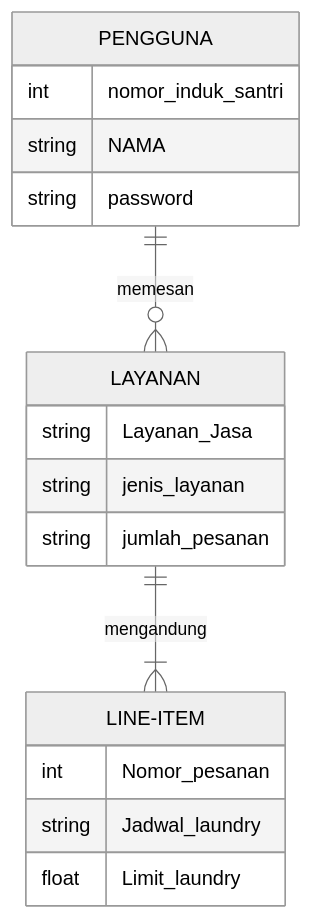
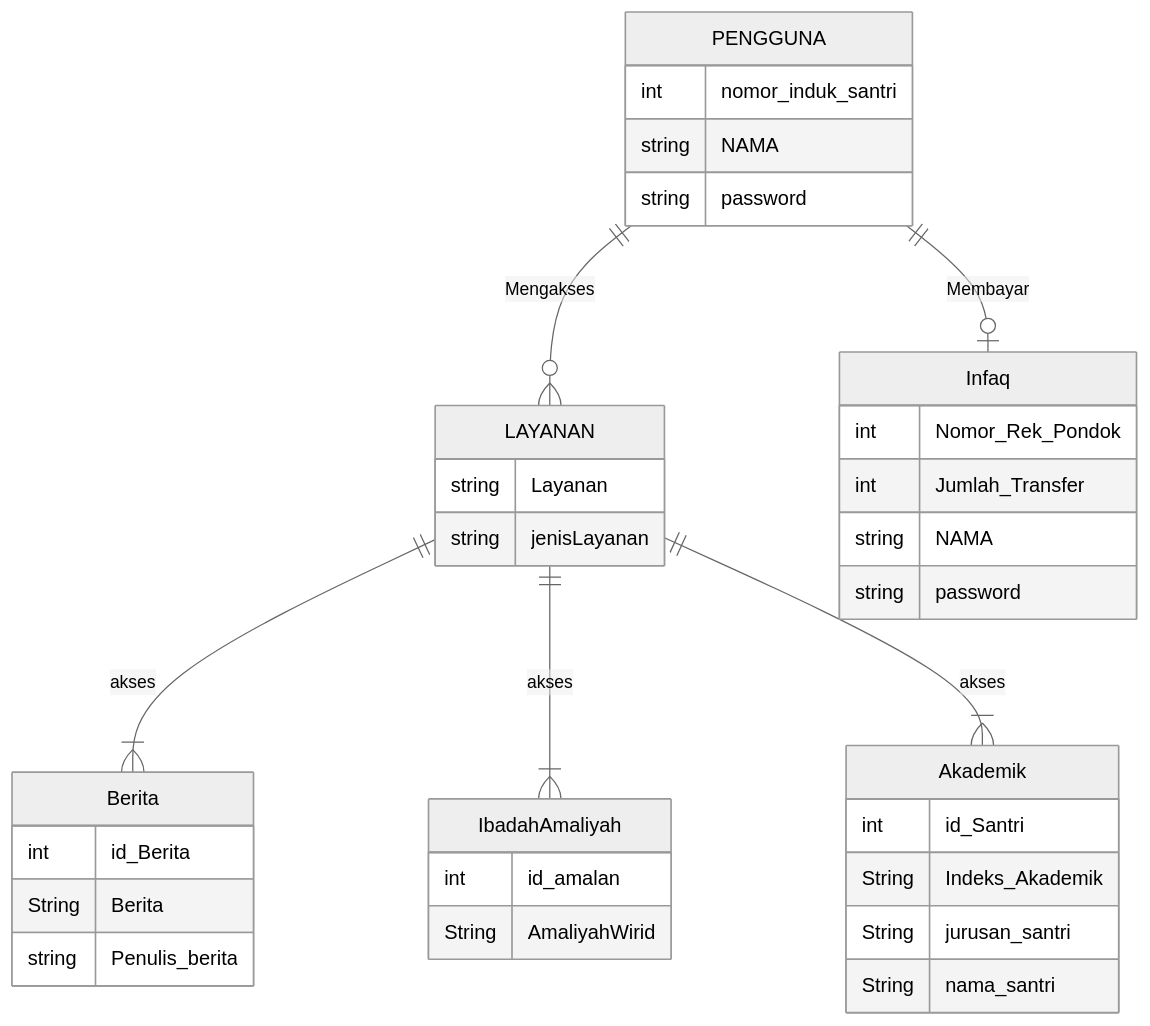
One commit to Adam2505-c/MuhammadAdamS changed the first of 2 diagrams in Job-interview.md. Above: the diagram before and after it, drawn with Mermaid (neutral theme). The commit also changed other lines of this file, not shown here.

````diff
--- a/Job-interview.md
+++ b/Job-interview.md
@@ -47,20 +47,39 @@
 ```mermaid
 erDiagram
-    PENGGUNA ||--o{ LAYANAN  : memesan
+    PENGGUNA ||--o{ LAYANAN  : Mengakses
     PENGGUNA {
         int nomor_induk_santri
         string NAMA
         string password
     }
-    LAYANAN ||--|{ LINE-ITEM : mengandung
+    LAYANAN ||--|{ Berita : akses
     LAYANAN {
-        string Layanan_Jasa
-        string jenis_layanan
-        string jumlah_pesanan
+        string Layanan
+        string jenisLayanan
     }
-    LINE-ITEM {
-        int Nomor_pesanan
-        string Jadwal_laundry
-        float Limit_laundry
+    Berita {
+        int id_Berita
+        String Berita
+        string Penulis_berita
+}
+ LAYANAN ||--|{ IbadahAmaliyah : akses
+      IbadahAmaliyah {
+        int id_amalan
+        String AmaliyahWirid
+}
+ PENGGUNA ||--o|  Infaq   : Membayar
+    Infaq {
+        int Nomor_Rek_Pondok
+        int Jumlah_Transfer
+        string NAMA
+        string password
     }
+ LAYANAN ||--|{ Akademik : akses
+      Akademik {
+        int id_Santri
+        String Indeks_Akademik
+        String jurusan_santri
+        String nama_santri
+}
+
 ```
````
